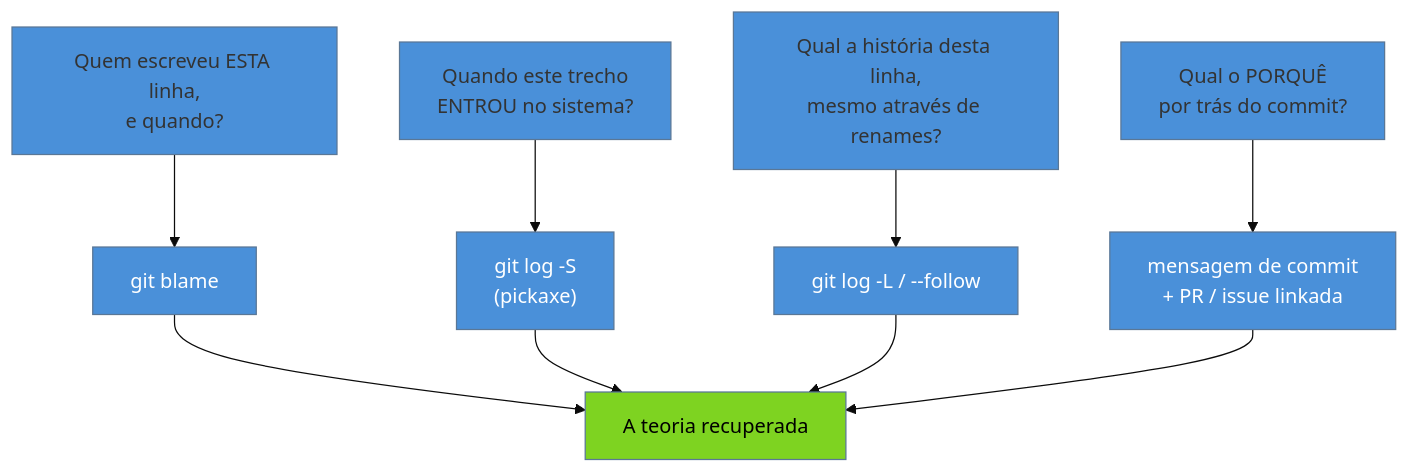
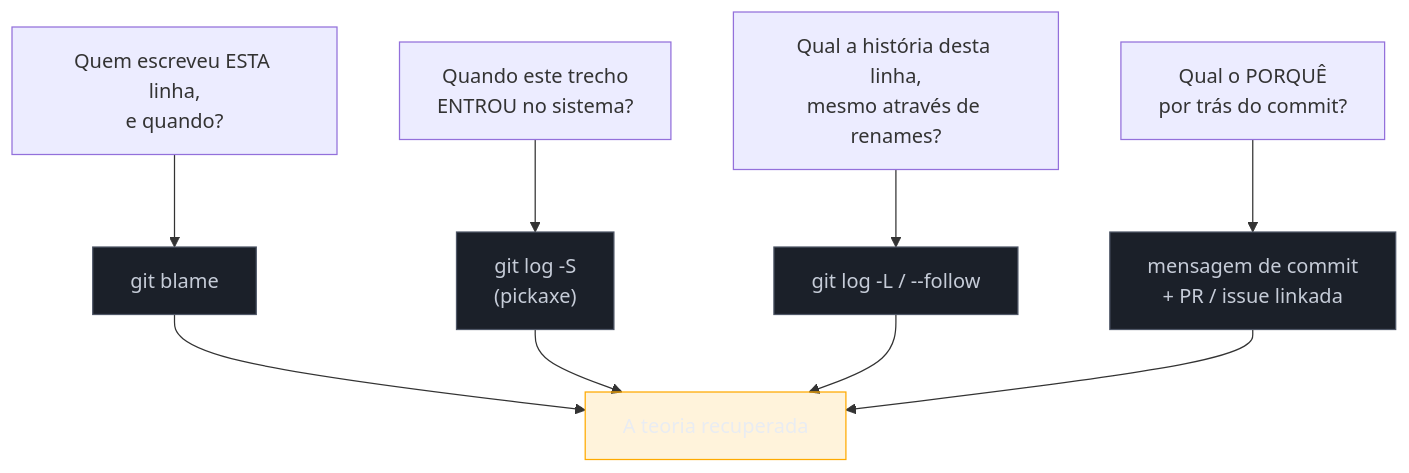
Before and after one commit to josenaldo/codex-technomanticus: the diagram in 03-Dominios/Engenharia/Arqueologia e Restauração de Software/07 - Arqueologia do histórico.md, drawn with Mermaid. The commit also changed 1181 other files, not shown here.

First line of the commit message:
fix(diagramas): paleta do sistema no lugar de cor cravada no markdown

````diff
--- a/03-Dominios/Engenharia/Arqueologia e Restauração de Software/07 - Arqueologia do histórico.md
+++ b/03-Dominios/Engenharia/Arqueologia e Restauração de Software/07 - Arqueologia do histórico.md
@@ -41,17 +41,18 @@
 ```mermaid
-%%{init: {"theme": "base", "themeVariables": {"primaryColor": "#4A90D9"}}}%%
 graph TD
+    classDef neutro fill:#1B2029,stroke:#4E5666,color:#C6CCD8
+    classDef destaque fill:#FFAA0024,stroke:#FFAA00,color:#E9ECF2
     Q1["Quem escreveu ESTA linha,<br/>e quando?"] --> BL["git blame"]
     Q2["Quando este trecho<br/>ENTROU no sistema?"] --> PX["git log -S<br/>(pickaxe)"]
     Q3["Qual a história desta linha,<br/>mesmo através de renames?"] --> LL["git log -L / --follow"]
     Q4["Qual o PORQUÊ<br/>por trás do commit?"] --> MSG["mensagem de commit<br/>+ PR / issue linkada"]
     BL --> WHY["A teoria recuperada"]
     PX --> WHY
     LL --> WHY
     MSG --> WHY
-    style BL fill:#4A90D9,color:#fff
-    style PX fill:#4A90D9,color:#fff
-    style LL fill:#4A90D9,color:#fff
-    style MSG fill:#4A90D9,color:#fff
-    style WHY fill:#7ED321,color:#000
+    class BL neutro
+    class PX neutro
+    class LL neutro
+    class MSG neutro
+    class WHY destaque
 ```
````
